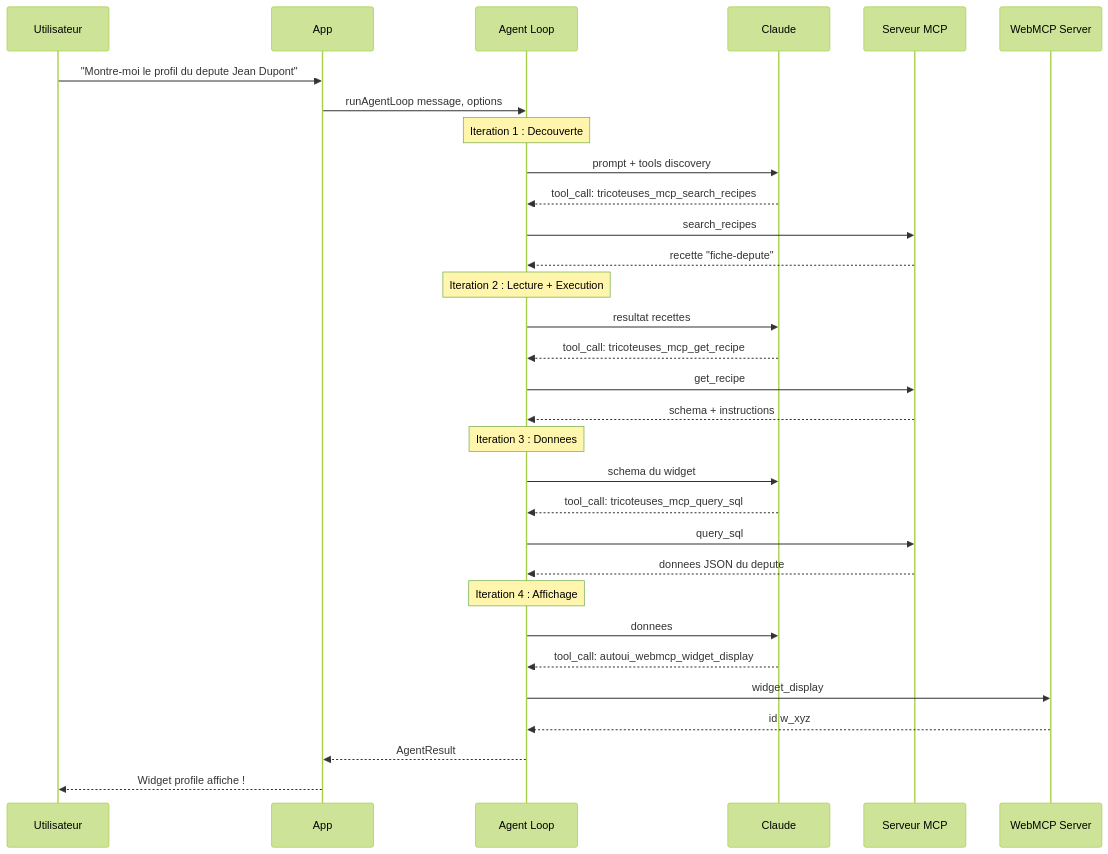
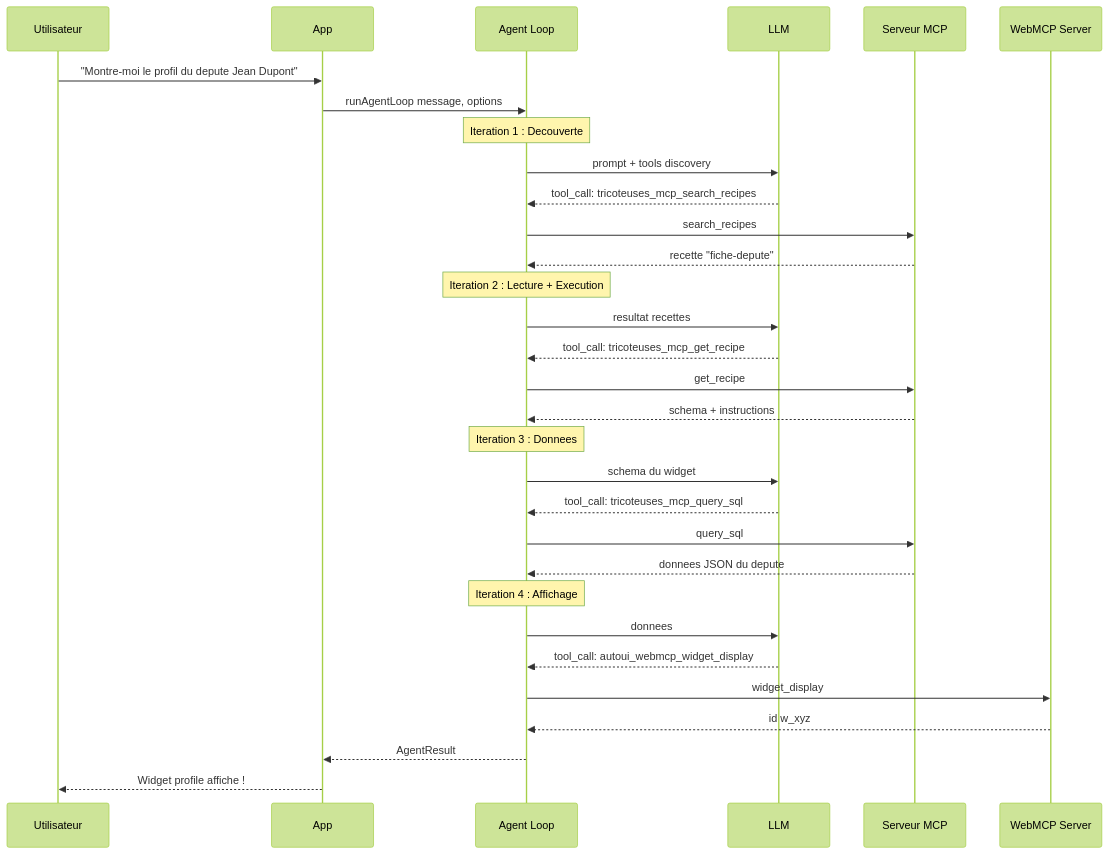
The eighth of 11 diagrams in docs-site/src/content/docs/tutorials/architecture-mcp-webmcp.mdx (jeanbaptiste/webmcp-auto-ui), drawn with Mermaid (forest theme) before and after one commit. The commit also changed other lines of this file and 131 other files, not shown here.

````diff
--- a/docs-site/src/content/docs/tutorials/architecture-mcp-webmcp.mdx
+++ b/docs-site/src/content/docs/tutorials/architecture-mcp-webmcp.mdx
@@ -263,38 +263,38 @@
 ```mermaid
 sequenceDiagram
     participant User as Utilisateur
     participant App
     participant AgentLoop as Agent Loop
-    participant LLM as Claude
+    participant LLM as LLM
     participant MCP as Serveur MCP
     participant WebMCP as WebMCP Server
 
     User->>App: "Montre-moi le profil du depute Jean Dupont"
     App->>AgentLoop: runAgentLoop message, options
 
     Note over AgentLoop: Iteration 1 : Decouverte
     AgentLoop->>LLM: prompt + tools discovery
     LLM-->>AgentLoop: tool_call: tricoteuses_mcp_search_recipes
     AgentLoop->>MCP: search_recipes
     MCP-->>AgentLoop: recette "fiche-depute"
 
     Note over AgentLoop: Iteration 2 : Lecture + Execution
     AgentLoop->>LLM: resultat recettes
     LLM-->>AgentLoop: tool_call: tricoteuses_mcp_get_recipe
     AgentLoop->>MCP: get_recipe
     MCP-->>AgentLoop: schema + instructions
 
     Note over AgentLoop: Iteration 3 : Donnees
     AgentLoop->>LLM: schema du widget
     LLM-->>AgentLoop: tool_call: tricoteuses_mcp_query_sql
     AgentLoop->>MCP: query_sql
     MCP-->>AgentLoop: donnees JSON du depute
 
     Note over AgentLoop: Iteration 4 : Affichage
     AgentLoop->>LLM: donnees
     LLM-->>AgentLoop: tool_call: autoui_webmcp_widget_display
     AgentLoop->>WebMCP: widget_display
     WebMCP-->>AgentLoop: id w_xyz
     AgentLoop-->>App: AgentResult
     App-->>User: Widget profile affiche !
 ```
````
